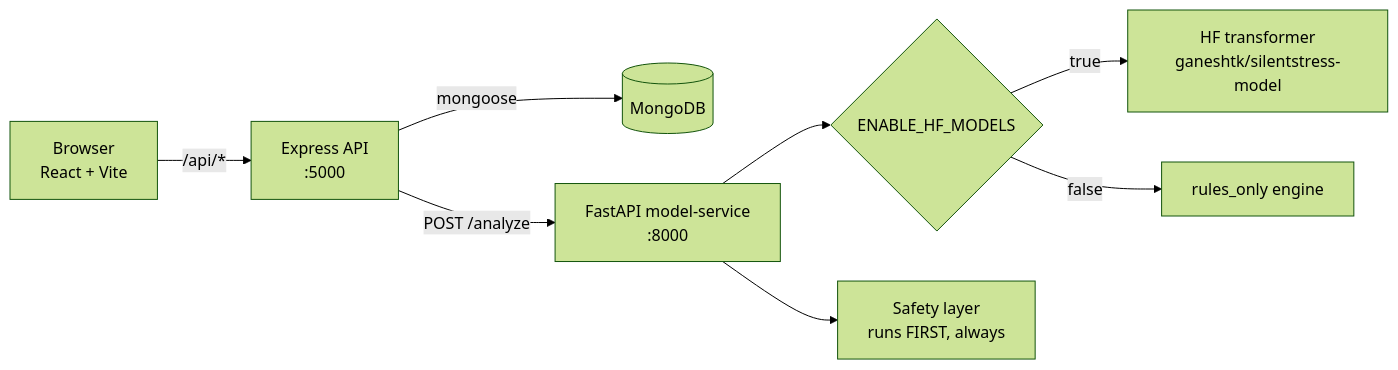
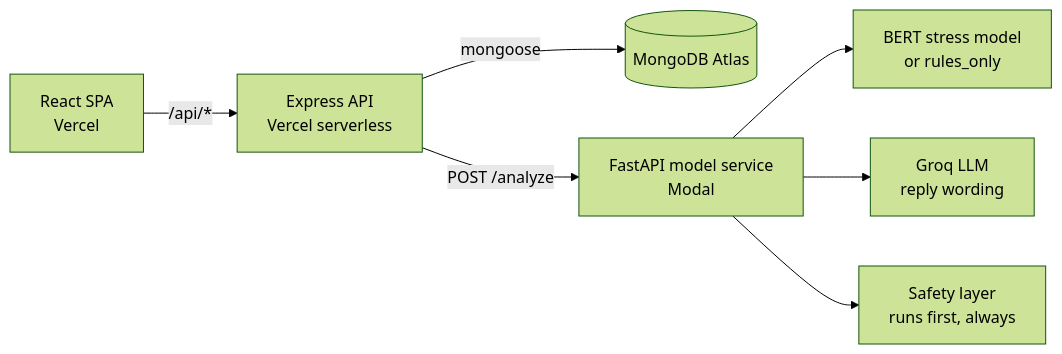
One commit to tejaskunta/Ayasa changed the diagram in README.md. Above: the diagram before and after it, drawn with Mermaid (forest theme). The commit also changed other lines of this file and 39 other files, not shown here.

````diff
--- a/README.md
+++ b/README.md
@@ -51,10 +53,9 @@
 ```mermaid
 flowchart LR
-  B[Browser<br/>React + Vite] -->|/api/*| S[Express API<br/>:5000]
-  S -->|mongoose| M[(MongoDB)]
-  S -->|POST /analyze| P[FastAPI model-service<br/>:8000]
-  P --> C{ENABLE_HF_MODELS}
-  C -->|true| T[HF transformer<br/>ganeshtk/silentstress-model]
-  C -->|false| R[rules_only engine]
-  P --> SAFE[Safety layer<br/>runs FIRST, always]
+  C[React SPA<br/>Vercel] -->|/api/*| S[Express API<br/>Vercel serverless]
+  S -->|mongoose| D[(MongoDB Atlas)]
+  S -->|POST /analyze| P[FastAPI model service<br/>Modal]
+  P --> T[BERT stress model<br/>or rules_only]
+  P --> G[Groq LLM<br/>reply wording]
+  P --> SAFE[Safety layer<br/>runs first, always]
 ```
````
